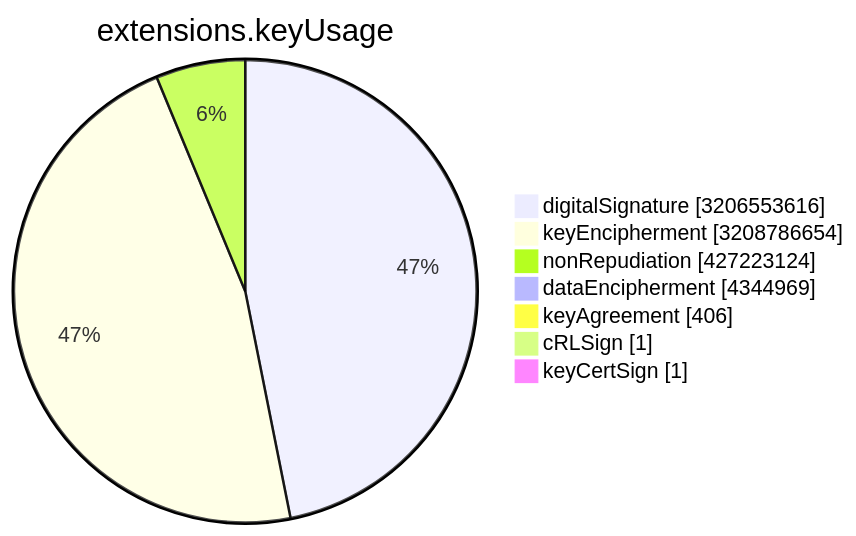
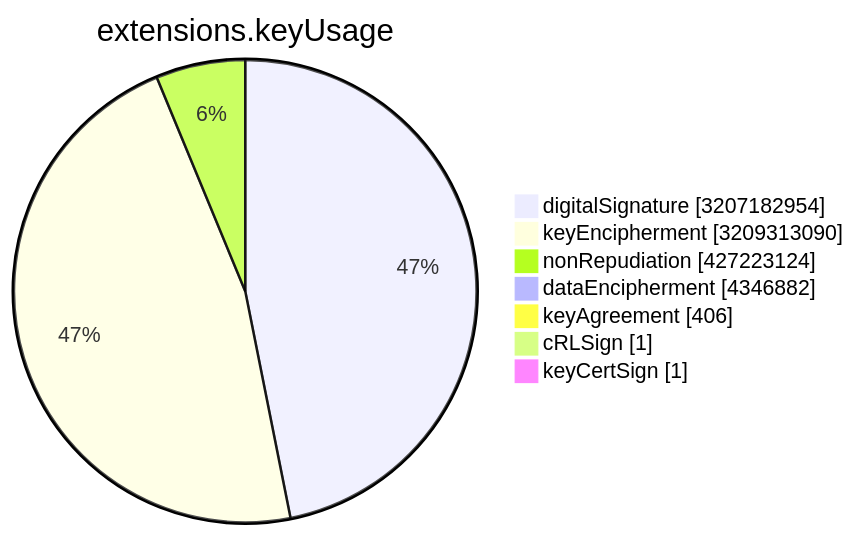
One commit to christiankrug/ctmonitor_visualization changed the sixth of 15 diagrams in TOTAL/README.md. Above: the diagram before and after it, drawn with Mermaid. The commit also changed other lines of this file, not shown here.

````diff
--- a/TOTAL/README.md
+++ b/TOTAL/README.md
@@ -3077,11 +3077,11 @@
 ```mermaid
 pie showData
 title extensions.keyUsage
-"digitalSignature" :3206553616
-"keyEncipherment" :3208786654
+"digitalSignature" :3207182954
+"keyEncipherment" :3209313090
 "nonRepudiation" :427223124
-"dataEncipherment" :4344969
+"dataEncipherment" :4346882
 "keyAgreement" :406
 "cRLSign" :1
 "keyCertSign" :1
 ```
````
